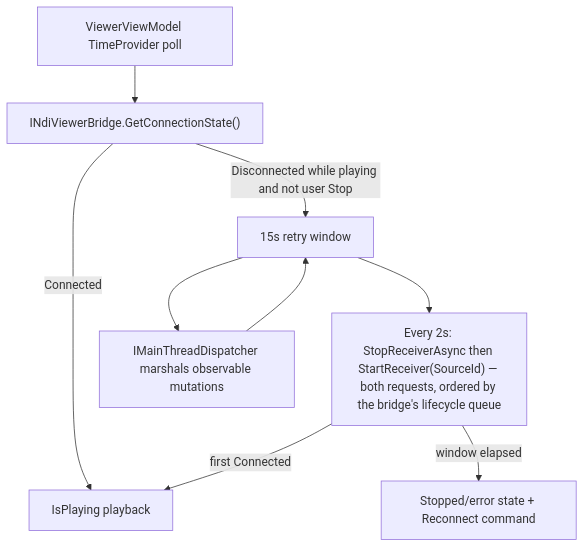
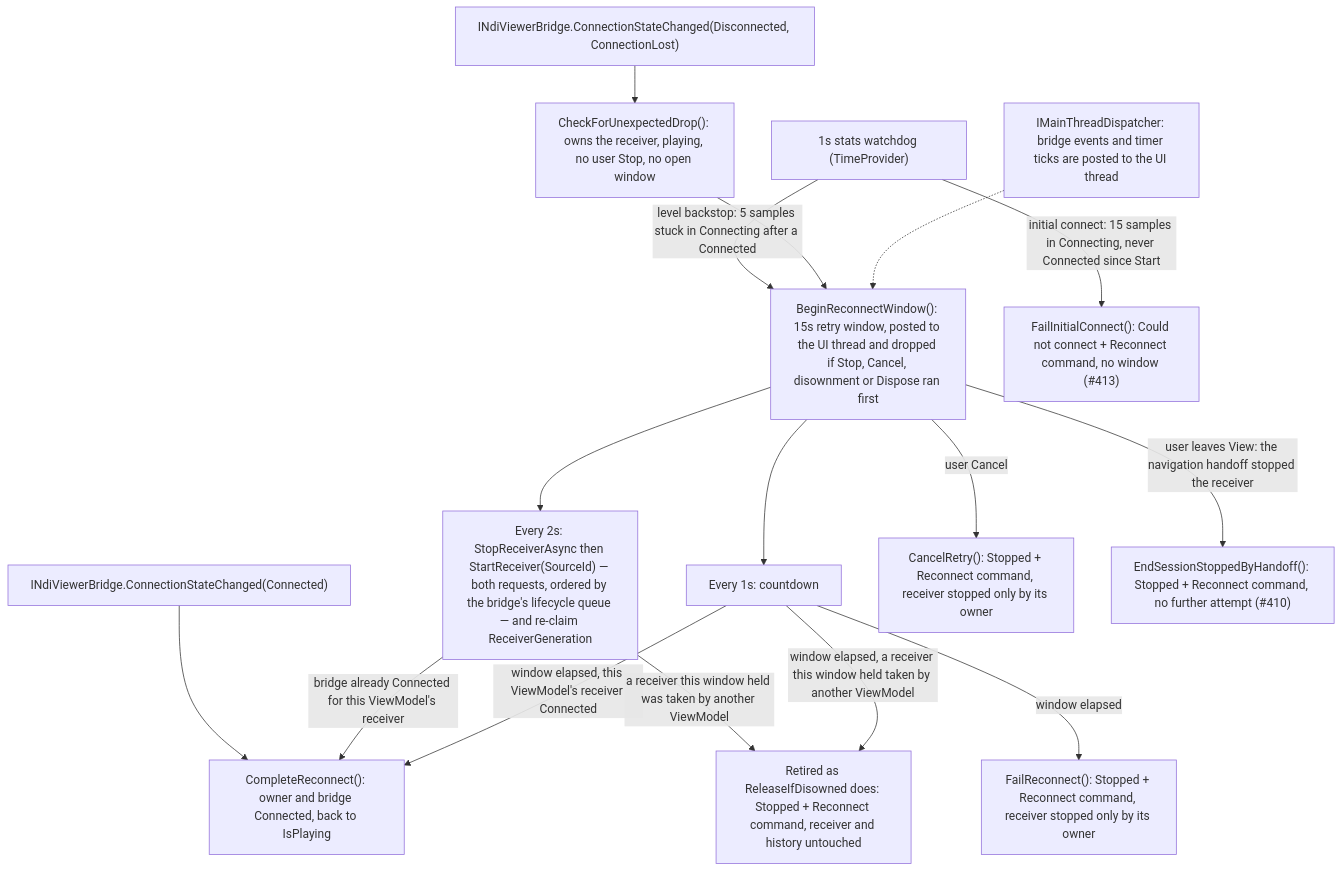
One commit to nielsverhoeven/NDI-for-Android changed the second of 2 diagrams in docs/architecture.md. Above: the diagram before and after it, drawn with Mermaid. The commit also changed other lines of this file and 33 other files, not shown here.

First line of the commit message:
Release: integration into main (viewer terminal wording, initial-connect timeout, handoff stop, reconnect hardening, diagnostic log, link trace) (#444)

````diff
--- a/docs/architecture.md
+++ b/docs/architecture.md
@@ -288,11 +289,18 @@
 ```mermaid
 graph TB
-    POLL["ViewerViewModel TimeProvider poll"] --> GCS["INdiViewerBridge.GetConnectionState()"]
-    GCS -->|Connected| PLAY["IsPlaying playback"]
-    GCS -->|Disconnected while playing and not user Stop| WINDOW["15s retry window"]
-    WINDOW --> ATTEMPT["Every 2s: StopReceiverAsync then StartReceiver(SourceId) — both requests, ordered by the bridge's lifecycle queue"]
-    ATTEMPT -->|first Connected| PLAY
-    ATTEMPT -->|window elapsed| FAILED["Stopped/error state + Reconnect command"]
-    WINDOW --> DISP["IMainThreadDispatcher marshals observable mutations"]
-    DISP --> WINDOW
+    EVT["INdiViewerBridge.ConnectionStateChanged(Disconnected, ConnectionLost)"] --> DROP["CheckForUnexpectedDrop(): owns the receiver, playing, no user Stop, no open window"]
+    STATS["1s stats watchdog (TimeProvider)"] -->|"level backstop: 5 samples stuck in Connecting after a Connected"| WINDOW
+    STATS -->|"initial connect: 15 samples in Connecting, never Connected since Start"| NOCONNECT["FailInitialConnect(): Could not connect + Reconnect command, no window (#413)"]
+    DROP --> WINDOW["BeginReconnectWindow(): 15s retry window, posted to the UI thread and dropped if Stop, Cancel, disownment or Dispose ran first"]
+    WINDOW --> ATTEMPT["Every 2s: StopReceiverAsync then StartReceiver(SourceId) — both requests, ordered by the bridge's lifecycle queue — and re-claim ReceiverGeneration"]
+    WINDOW --> TICK["Every 1s: countdown"]
+    CONN["INdiViewerBridge.ConnectionStateChanged(Connected)"] --> DONE
+    ATTEMPT -->|"bridge already Connected for this ViewModel's receiver"| DONE["CompleteReconnect(): owner and bridge Connected, back to IsPlaying"]
+    TICK -->|"window elapsed, this ViewModel's receiver Connected"| DONE
+    TICK -->|"window elapsed"| FAILED["FailReconnect(): Stopped + Reconnect command, receiver stopped only by its owner"]
+    WINDOW -->|"user Cancel"| CANCELLED["CancelRetry(): Stopped + Reconnect command, receiver stopped only by its owner"]
+    WINDOW -->|"user leaves View: the navigation handoff stopped the receiver"| HANDOFF["EndSessionStoppedByHandoff(): Stopped + Reconnect command, no further attempt (#410)"]
+    ATTEMPT -->|"a receiver this window held was taken by another ViewModel"| RETIRED["Retired as ReleaseIfDisowned does: Stopped + Reconnect command, receiver and history untouched"]
+    TICK -->|"window elapsed, a receiver this window held taken by another ViewModel"| RETIRED
+    DISP["IMainThreadDispatcher: bridge events and timer ticks are posted to the UI thread"] -.-> WINDOW
 ```
````
